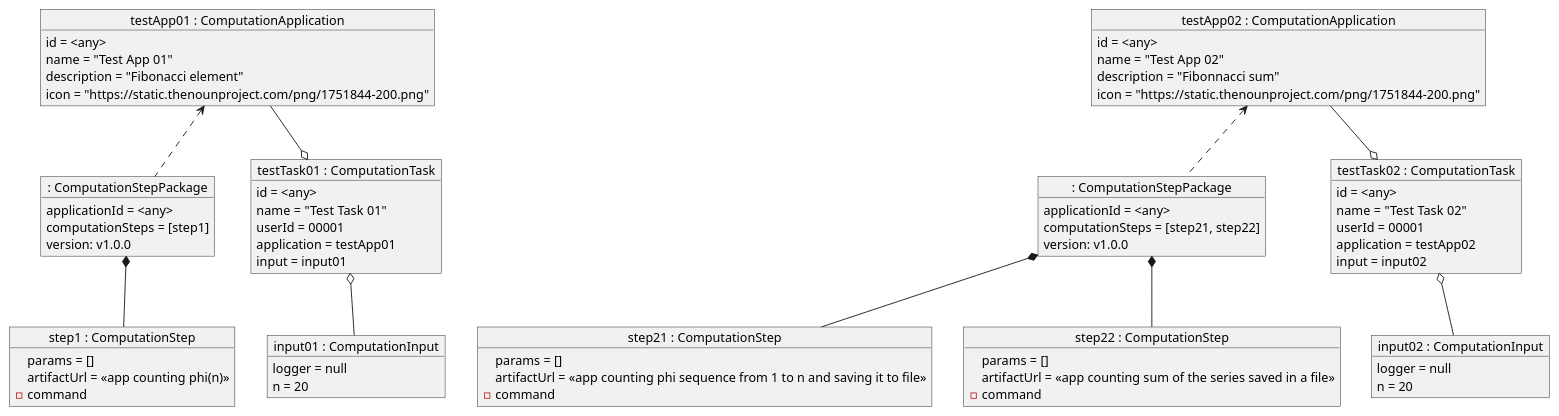
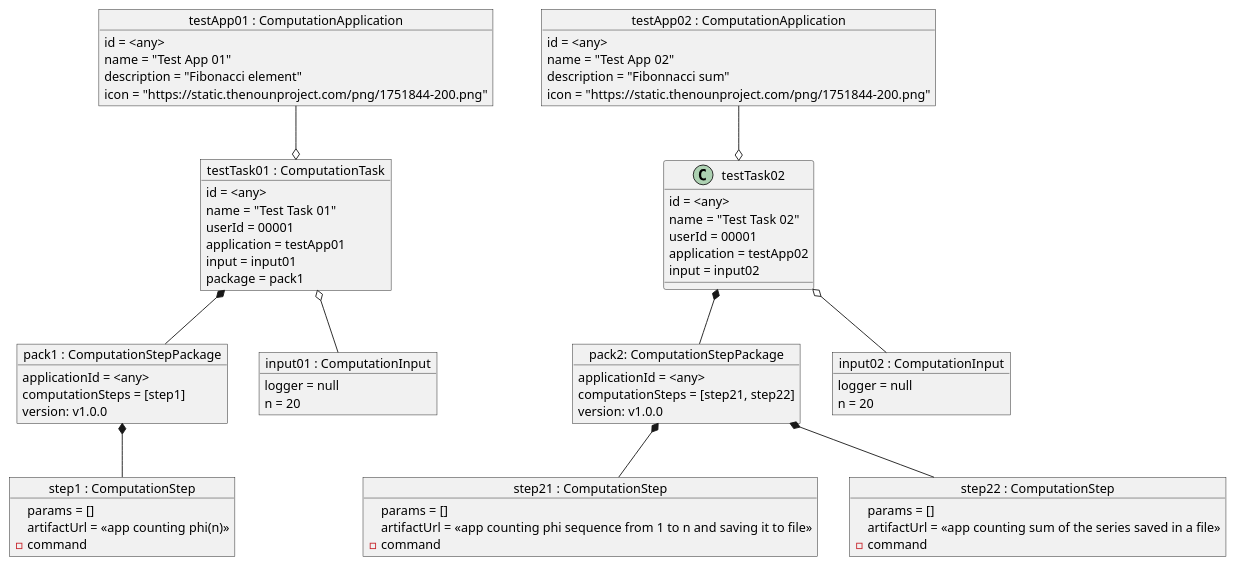
The diagram in test_scenarios/data/T4_in.puml (Plan-B-PO/docs), drawn with PlantUML before and after one commit.

Commit message:
Update T4 model

```diff
--- a/test_scenarios/data/T4_in.puml
+++ b/test_scenarios/data/T4_in.puml
@@ -1,89 +1,90 @@
 @startuml
 
 object "testApp01 : ComputationApplication" as testApp01 {
     id = <any>
     name = "Test App 01"
     description = "Fibonacci element"
     icon = "https://static.thenounproject.com/png/1751844-200.png"
 }
 
-object ": ComputationStepPackage" as pack {
+object "pack1 : ComputationStepPackage" as pack1 {
     applicationId = <any>
     computationSteps = [step1]
     version: v1.0.0
 }
-
-testApp01 <.. pack
 
 object "step1 : ComputationStep" as step1 {
     params = []
     artifactUrl = <<app counting phi(n)>>
     - command
 }
 
-pack *-- step1
+pack1 *-- step1
 
 object "testTask01 : ComputationTask" as testTask01 {
     id = <any>
     name = "Test Task 01"
     userId = 00001
     application = testApp01
     input = input01
+    package = pack1
 }
+
+testTask01 *-- pack1
 
 object "input01 : ComputationInput" as input01 {
     logger = null
     n = 20
 }
 
 testApp01 --o testTask01
 testTask01 o-- input01
 
 object "testApp02 : ComputationApplication" as testApp02 {
     id = <any>
     name = "Test App 02"
     description = "Fibonnacci sum"
     icon = "https://static.thenounproject.com/png/1751844-200.png"
 }
 
-object ": ComputationStepPackage" as pack2 {
+object "pack2: ComputationStepPackage" as pack2 {
     applicationId = <any>
     computationSteps = [step21, step22]
     version: v1.0.0
 }
 
-testApp02 <.. pack2
+testTask02 *-- pack2
 
 object "step21 : ComputationStep" as step21 {
     params = []
     artifactUrl = <<app counting phi sequence from 1 to n and saving it to file>>
     - command
 }
 
 object "step22 : ComputationStep" as step22 {
     params = []
     artifactUrl = <<app counting sum of the series saved in a file>>
     - command
 }
 
 pack2 *-- step21
 pack2 *-- step22
 
 object "testTask02 : ComputationTask" as testTask02 {
     id = <any>
     name = "Test Task 02"
     userId = 00001
     application = testApp02
     input = input02
 }
 
 object "input02 : ComputationInput" as input02 {
     logger = null
     n = 20
 }
 
 testApp02 --o testTask02
 testTask02 o-- input02
 
 
 @enduml
```
